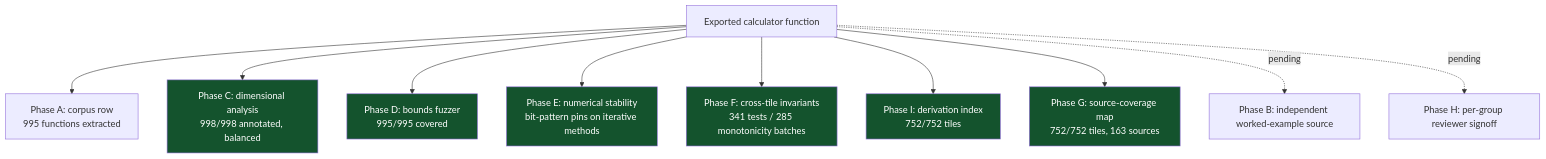
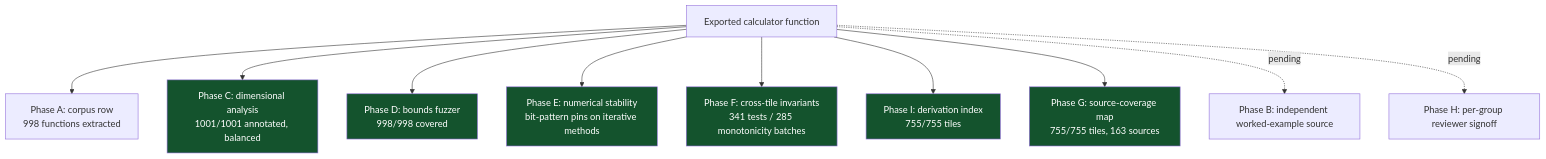
One commit to clay-good/roughlogic.com changed the sixth of 8 diagrams in README.md. Above: the diagram before and after it, drawn with Mermaid. The commit also changed other lines of this file and 19 other files, not shown here.

````diff
--- a/README.md
+++ b/README.md
@@ -519,18 +519,18 @@
 ```mermaid
 flowchart TB
-    F[Exported calculator function] --> A[Phase A: corpus row\n995 functions extracted]
-    F --> C[Phase C: dimensional analysis\n998/998 annotated, balanced]
-    F --> D[Phase D: bounds fuzzer\n995/995 covered]
+    F[Exported calculator function] --> A[Phase A: corpus row\n998 functions extracted]
+    F --> C[Phase C: dimensional analysis\n1001/1001 annotated, balanced]
+    F --> D[Phase D: bounds fuzzer\n998/998 covered]
     F --> E[Phase E: numerical stability\nbit-pattern pins on iterative methods]
     F --> Fa[Phase F: cross-tile invariants\n341 tests / 285 monotonicity batches]
-    F --> I[Phase I: derivation index\n752/752 tiles]
-    F --> G[Phase G: source-coverage map\n752/752 tiles, 163 sources]
+    F --> I[Phase I: derivation index\n755/755 tiles]
+    F --> G[Phase G: source-coverage map\n755/755 tiles, 163 sources]
     F -.pending.-> B[Phase B: independent worked-example source]
     F -.pending.-> H[Phase H: per-group reviewer signoff]
     style C fill:#14532d,color:#fff
     style D fill:#14532d,color:#fff
     style E fill:#14532d,color:#fff
     style Fa fill:#14532d,color:#fff
     style G fill:#14532d,color:#fff
     style I fill:#14532d,color:#fff
 ```
````
